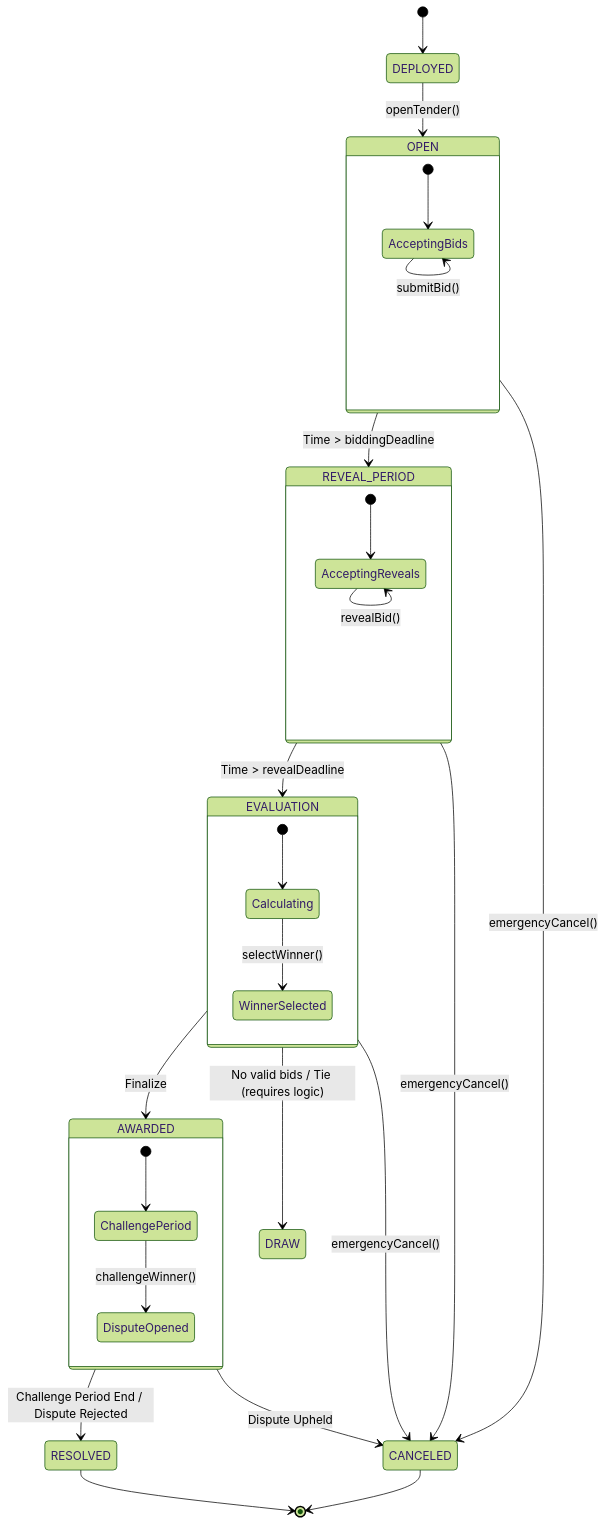
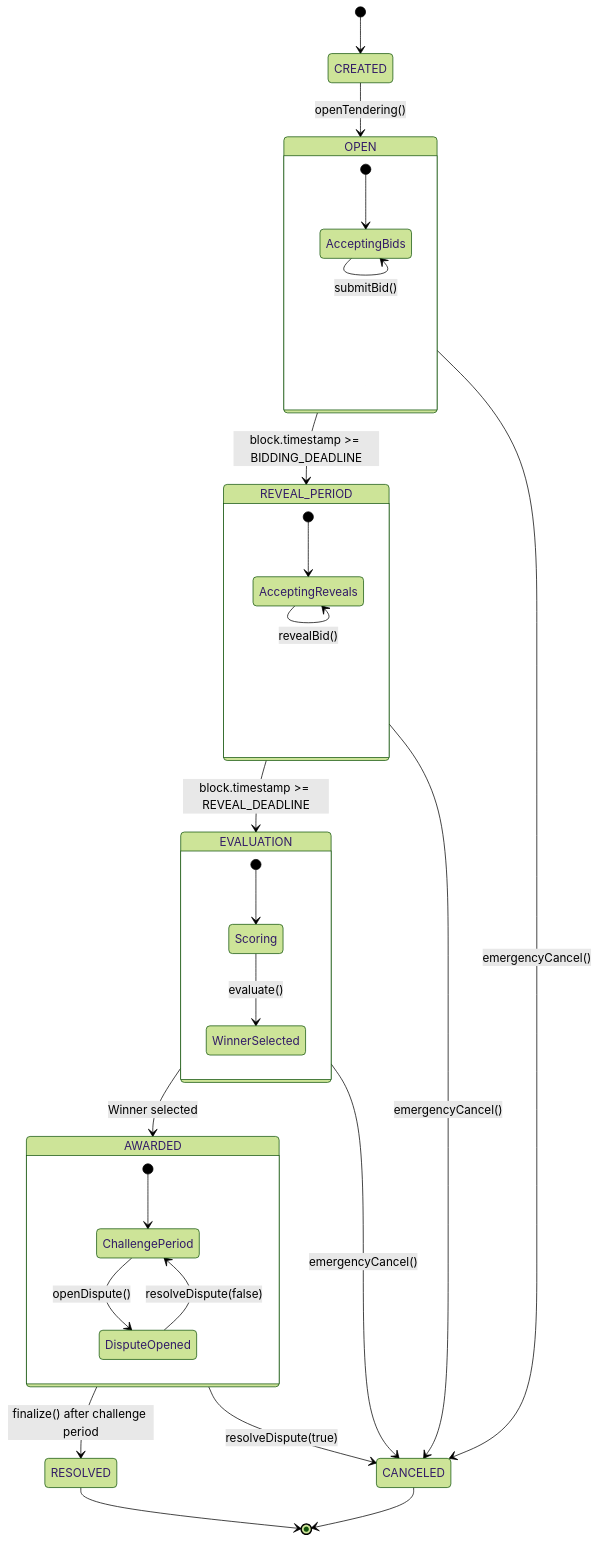
The diagram in docs/specs/state-machine.md (Ekam-Bitt/e-tender), drawn with Mermaid (forest theme) before and after one commit. The commit also changed other lines of this file and 12 other files, not shown here.

````diff
--- a/docs/specs/state-machine.md
+++ b/docs/specs/state-machine.md
@@ -58,42 +149,42 @@
 ```mermaid
 stateDiagram-v2
-    [*] --> DEPLOYED
-    DEPLOYED --> OPEN : openTender()
+    [*] --> CREATED
+
+    CREATED --> OPEN : openTendering()
     
     state OPEN {
         [*] --> AcceptingBids
         AcceptingBids --> AcceptingBids : submitBid()
     }
 
-    OPEN --> REVEAL_PERIOD : Time > biddingDeadline
+    OPEN --> REVEAL_PERIOD : block.timestamp >= BIDDING_DEADLINE
+    OPEN --> CANCELED : emergencyCancel()
     
     state REVEAL_PERIOD {
         [*] --> AcceptingReveals
         AcceptingReveals --> AcceptingReveals : revealBid()
     }
 
-    REVEAL_PERIOD --> EVALUATION : Time > revealDeadline
+    REVEAL_PERIOD --> EVALUATION : block.timestamp >= REVEAL_DEADLINE
+    REVEAL_PERIOD --> CANCELED : emergencyCancel()
     
     state EVALUATION {
-        [*] --> Calculating
-        Calculating --> WinnerSelected : selectWinner()
+        [*] --> Scoring
+        Scoring --> WinnerSelected : evaluate()
     }
 
-    EVALUATION --> AWARDED : Finalize
-    EVALUATION --> DRAW : No valid bids / Tie (requires logic)
-
+    EVALUATION --> AWARDED : Winner selected
+    EVALUATION --> CANCELED : emergencyCancel()
+    
     state AWARDED {
         [*] --> ChallengePeriod
-        ChallengePeriod --> DisputeOpened : challengeWinner()
+        ChallengePeriod --> DisputeOpened : openDispute()
+        DisputeOpened --> ChallengePeriod : resolveDispute(false)
     }
 
-    AWARDED --> RESOLVED : Challenge Period End / Dispute Rejected
-    AWARDED --> CANCELED : Dispute Upheld
-
-    OPEN --> CANCELED : emergencyCancel()
-    REVEAL_PERIOD --> CANCELED : emergencyCancel()
-    EVALUATION --> CANCELED : emergencyCancel()
+    AWARDED --> RESOLVED : finalize() after challenge period
+    AWARDED --> CANCELED : resolveDispute(true)
 
     RESOLVED --> [*]
     CANCELED --> [*]
 ```
````
